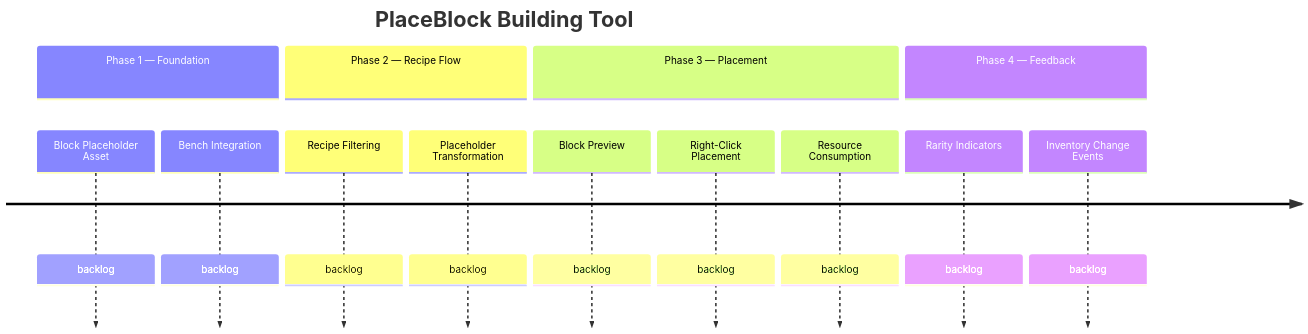
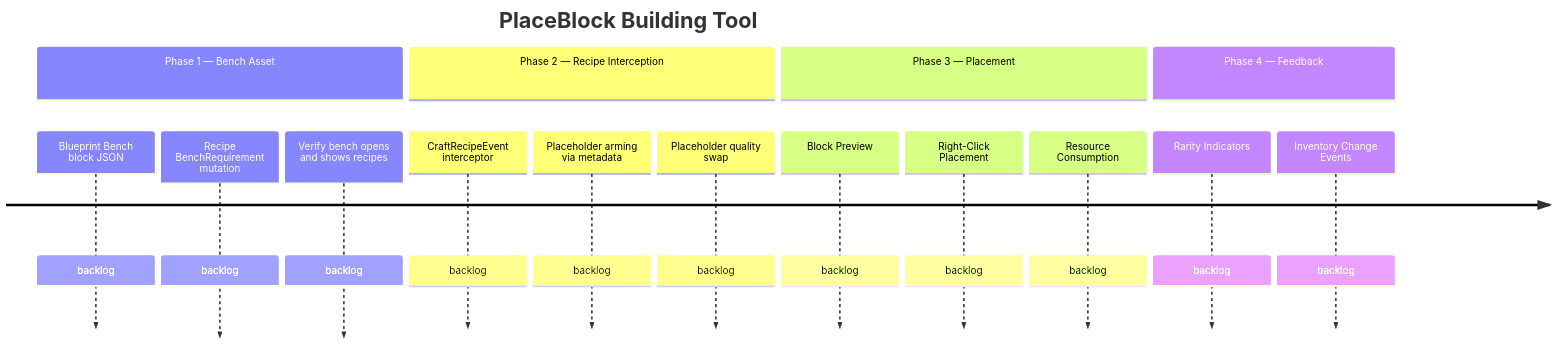
The diagram in docs/backlog/E2604221030_PlaceBlock-Building-Tool/E2604221030_PlaceBlock-Building-Tool.md (TheCodeCreature/Hytale-Example-Plugin), drawn with Mermaid before and after one commit. The commit also changed other lines of this file and 12 other files, not shown here.

First line of the commit message:
Refactor PlaceBlock Building Tool Documentation and Introduce Blueprint Bench

````diff
--- a/docs/backlog/E2604221030_PlaceBlock-Building-Tool/E2604221030_PlaceBlock-Building-Tool.md
+++ b/docs/backlog/E2604221030_PlaceBlock-Building-Tool/E2604221030_PlaceBlock-Building-Tool.md
@@ -44,17 +63,19 @@
 ```mermaid
 timeline
     title PlaceBlock Building Tool
-    section Phase 1 — Foundation
-        Block Placeholder Asset : backlog
-        Bench Integration : backlog
-    section Phase 2 — Recipe Flow
-        Recipe Filtering : backlog
-        Placeholder Transformation : backlog
+    section Phase 1 — Bench Asset
+        Blueprint Bench block JSON : backlog
+        Recipe BenchRequirement mutation : backlog
+        Verify bench opens and shows recipes : backlog
+    section Phase 2 — Recipe Interception
+        CraftRecipeEvent interceptor : backlog
+        Placeholder arming via metadata : backlog
+        Placeholder quality swap : backlog
     section Phase 3 — Placement
         Block Preview : backlog
         Right-Click Placement : backlog
         Resource Consumption : backlog
     section Phase 4 — Feedback
         Rarity Indicators : backlog
         Inventory Change Events : backlog
 ```
````
